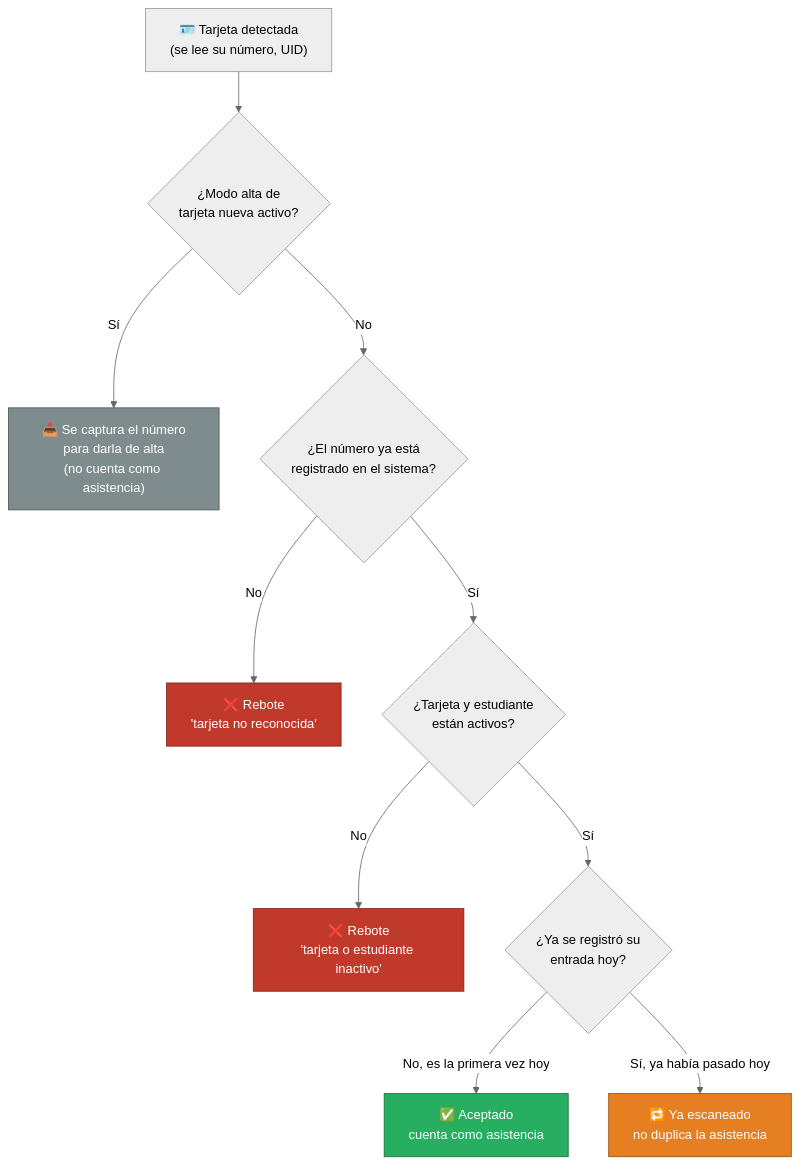
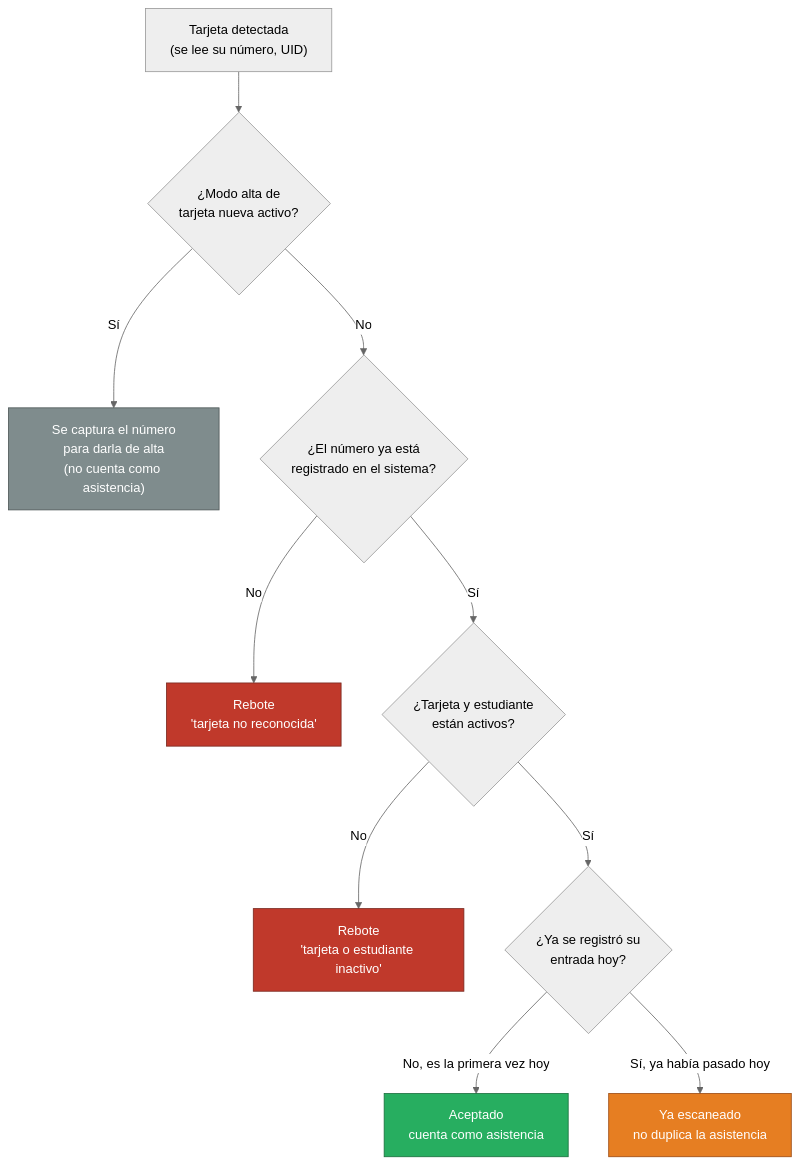
One commit to AdrianMorenoM/rfid-attendance-system changed the second of 5 diagrams in README.md. Above: the diagram before and after it, drawn with Mermaid (neutral theme). The commit also changed other lines of this file, not shown here.

````diff
--- a/README.md
+++ b/README.md
@@ -174,21 +174,21 @@
 ```mermaid
 flowchart TD
-    A["🪪 Tarjeta detectada<br/>(se lee su número, UID)"] --> B{"¿Modo alta de<br/>tarjeta nueva activo?"}
-    B -->|Sí| C["📥 Se captura el número<br/>para darla de alta<br/>(no cuenta como asistencia)"]
+    A["Tarjeta detectada<br/>(se lee su número, UID)"] --> B{"¿Modo alta de<br/>tarjeta nueva activo?"}
+    B -->|Sí| C["Se captura el número<br/>para darla de alta<br/>(no cuenta como asistencia)"]
     B -->|No| D{"¿El número ya está<br/>registrado en el sistema?"}
-    D -->|No| E["❌ Rebote<br/>'tarjeta no reconocida'"]
+    D -->|No| E["Rebote<br/>'tarjeta no reconocida'"]
     D -->|Sí| F{"¿Tarjeta y estudiante<br/>están activos?"}
-    F -->|No| G["❌ Rebote<br/>'tarjeta o estudiante inactivo'"]
+    F -->|No| G["Rebote<br/>'tarjeta o estudiante inactivo'"]
     F -->|Sí| H{"¿Ya se registró su<br/>entrada hoy?"}
-    H -->|No, es la primera vez hoy| I["✅ Aceptado<br/>cuenta como asistencia"]
-    H -->|Sí, ya había pasado hoy| J["🔁 Ya escaneado<br/>no duplica la asistencia"]
+    H -->|No, es la primera vez hoy| I["Aceptado<br/>cuenta como asistencia"]
+    H -->|Sí, ya había pasado hoy| J["Ya escaneado<br/>no duplica la asistencia"]
 
     classDef ok fill:#27AE60,stroke:#196f3d,color:#fff
     classDef bad fill:#C0392B,stroke:#78281f,color:#fff
     classDef warn fill:#E67E22,stroke:#9c4a12,color:#fff
     classDef neutral fill:#7F8C8D,stroke:#4d5656,color:#fff
     class I ok
     class E,G bad
     class J warn
     class C neutral
 ```
````
